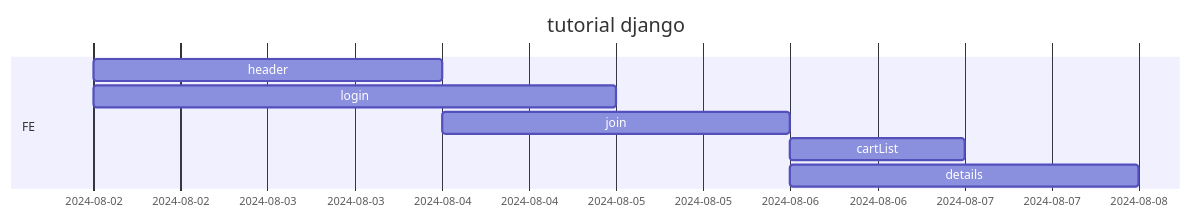
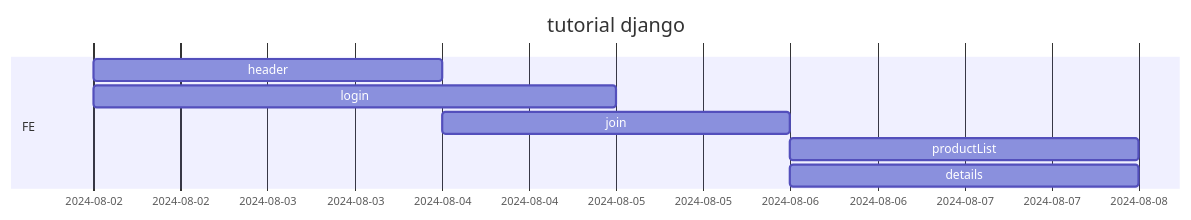
Before and after one commit to gustn1029/openMarket: the diagram in README.md, drawn with Mermaid.

Commit message:
리드미 파일명 수정

````diff
--- a/README.md
+++ b/README.md
@@ -74,11 +74,11 @@
 ```mermaid
 gantt
     title tutorial django
     dateFormat YY-MM-DD
     section FE
         header    :2024-08-02, 2d
         login    :2024-08-02, 3d
         join     :2024-08-04, 2d
-        cartList     :2024-08-06, 1d
+        productList     :2024-08-06, 2d
         details     :2024-08-06, 2d
 ```
````
